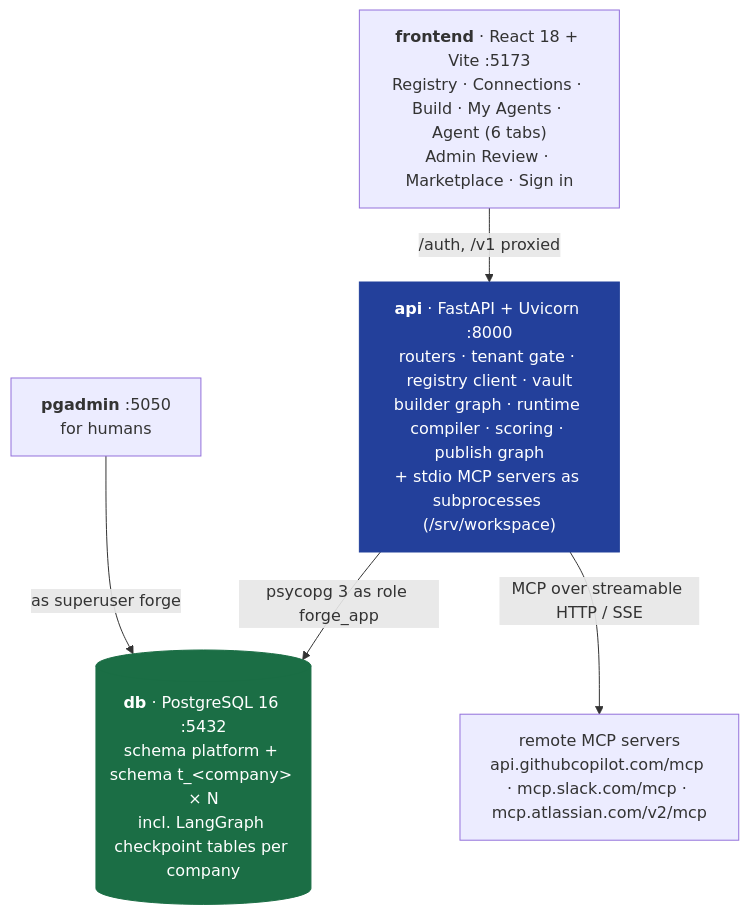
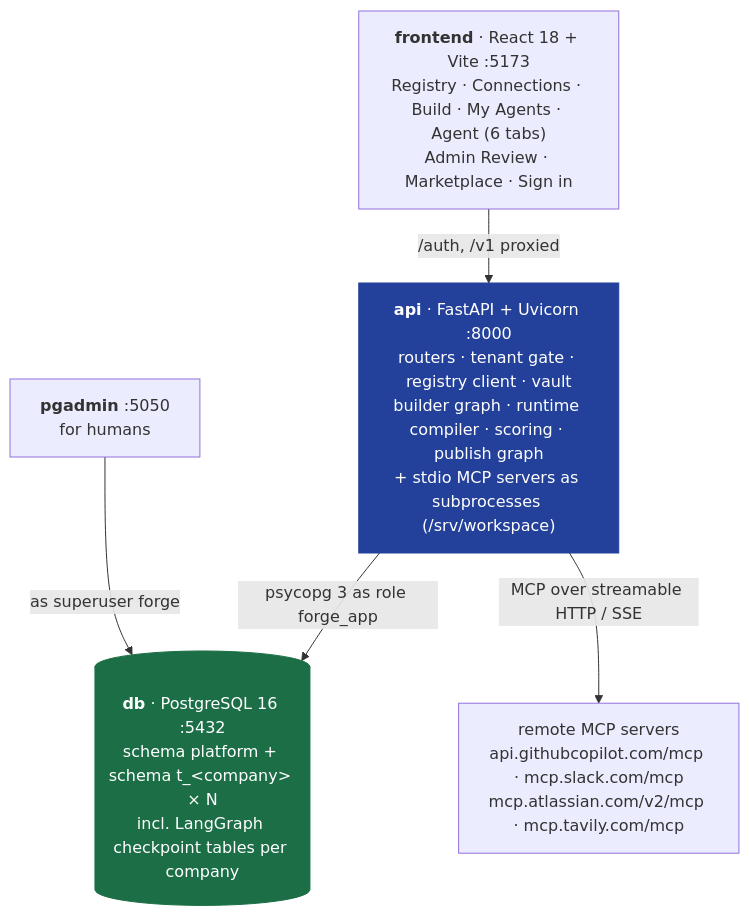
One commit to Shivanilarokar/AgentPlatformCapstone changed the second of 15 diagrams in docs/DESIGN.md. Above: the diagram before and after it, drawn with Mermaid. The commit also changed other lines of this file and 8 other files, not shown here.

First line of the commit message:
Add Tavily to the MCP registry quick-picks

````diff
--- a/docs/DESIGN.md
+++ b/docs/DESIGN.md
@@ -51,15 +51,15 @@
 ```mermaid
 graph TB
     SPA["<b>frontend</b> · React 18 + Vite :5173<br/>Registry · Connections · Build · My Agents · Agent (6 tabs)<br/>Admin Review · Marketplace · Sign in"]
     API["<b>api</b> · FastAPI + Uvicorn :8000<br/>routers · tenant gate · registry client · vault<br/>builder graph · runtime compiler · scoring · publish graph<br/>+ stdio MCP servers as subprocesses (/srv/workspace)"]
     DB[("<b>db</b> · PostgreSQL 16 :5432<br/>schema platform + schema t_&lt;company&gt; × N<br/>incl. LangGraph checkpoint tables per company")]
     PGA["<b>pgadmin</b> :5050<br/>for humans"]
-    REMOTE["remote MCP servers<br/>api.githubcopilot.com/mcp · mcp.slack.com/mcp · mcp.atlassian.com/v2/mcp"]
+    REMOTE["remote MCP servers<br/>api.githubcopilot.com/mcp · mcp.slack.com/mcp<br/>mcp.atlassian.com/v2/mcp · mcp.tavily.com/mcp"]
 
     SPA -->|"/auth, /v1 proxied"| API
     API -->|"psycopg 3 as role forge_app"| DB
     PGA -->|"as superuser forge"| DB
     API -->|"MCP over streamable HTTP / SSE"| REMOTE
     style API fill:#23409B,color:#fff,stroke:#23409B
     style DB fill:#1B6E45,color:#fff,stroke:#1B6E45
 ```
````
